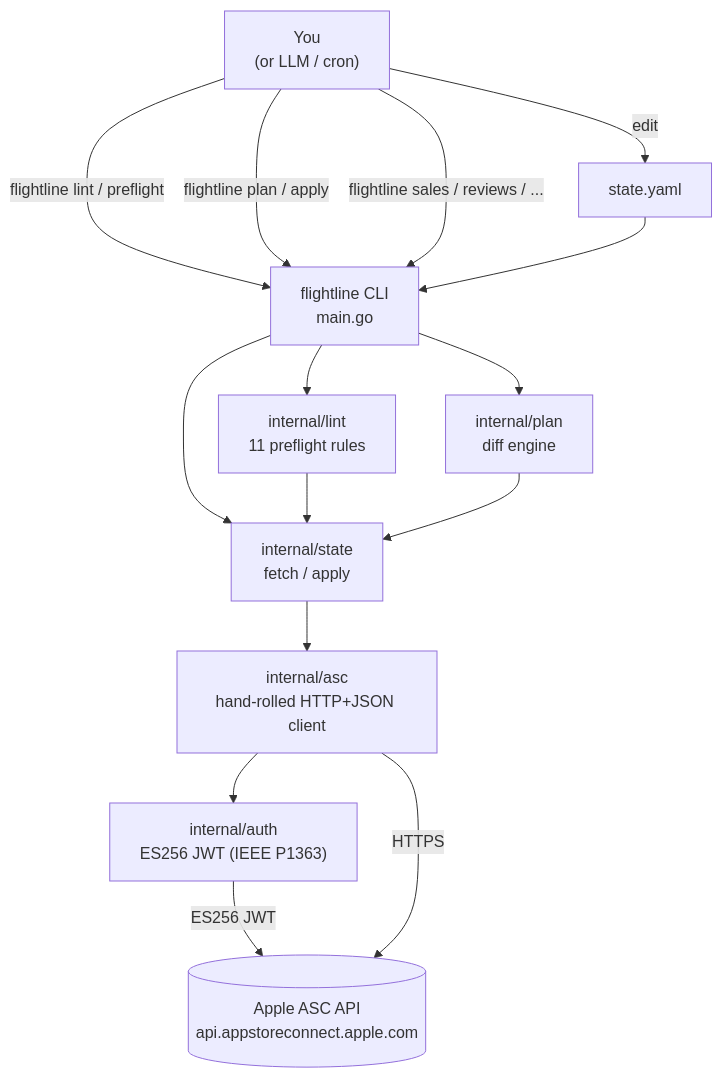
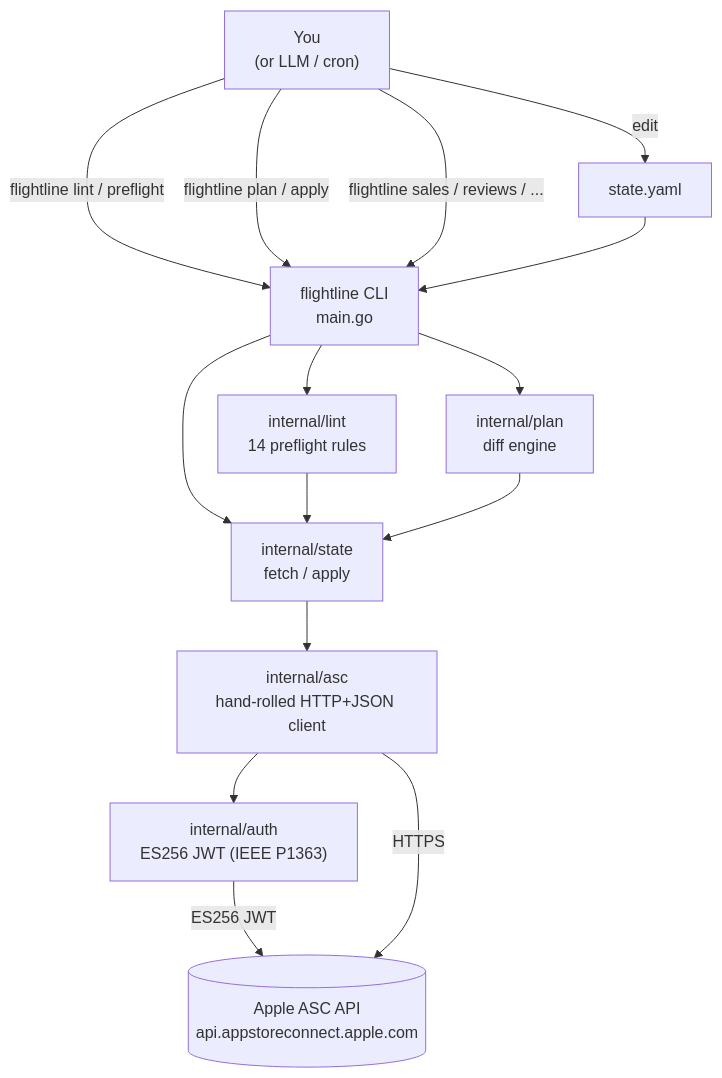
One commit to ul0gic/flightline changed the second of 2 diagrams in README.md. Above: the diagram before and after it, drawn with Mermaid. The commit also changed other lines of this file and 1 other file, not shown here.

````diff
--- a/README.md
+++ b/README.md
@@ -221,27 +221,27 @@
 ```mermaid
 flowchart TB
     User["You\n(or LLM / cron)"]
     YAML["state.yaml"]
     CLI["flightline CLI\nmain.go"]
-    Lint["internal/lint\n11 preflight rules"]
+    Lint["internal/lint\n14 preflight rules"]
     Plan["internal/plan\ndiff engine"]
     State["internal/state\nfetch / apply"]
     ASC["internal/asc\nhand-rolled HTTP+JSON client"]
     Auth["internal/auth\nES256 JWT (IEEE P1363)"]
     Apple[("Apple ASC API\napi.appstoreconnect.apple.com")]
 
     User -->|"edit"| YAML
     User -->|"flightline lint / preflight"| CLI
     User -->|"flightline plan / apply"| CLI
     User -->|"flightline sales / reviews / ..."| CLI
     YAML --> CLI
     CLI --> Lint
     CLI --> Plan
     CLI --> State
     Lint --> State
     Plan --> State
     State --> ASC
     ASC --> Auth
     Auth -->|"ES256 JWT"| Apple
     ASC -->|"HTTPS"| Apple
 ```
````
